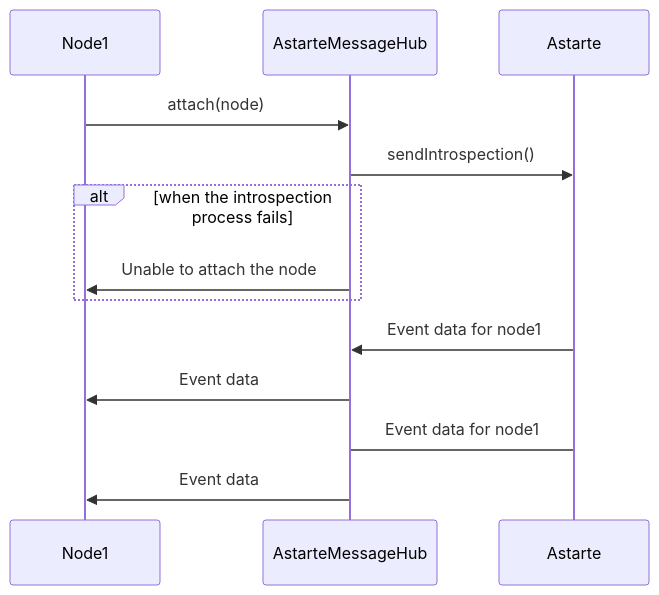
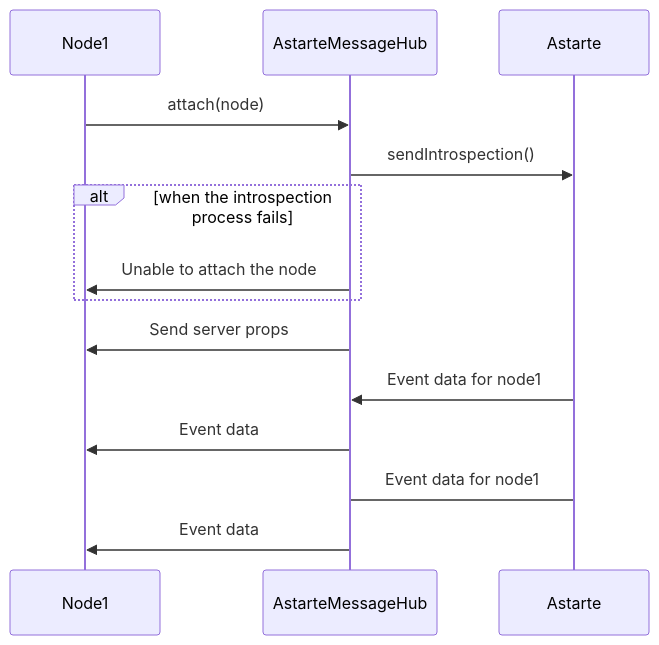
Before and after one commit to astarte-platform/astarte-message-hub: the second of 4 diagrams in docs/ARCHITECTURE.md, drawn with Mermaid. The commit also changed other lines of this file, not shown here.

First line of the commit message:
chore(doc): update ARCHITECTURE.md

````diff
--- a/docs/ARCHITECTURE.md
+++ b/docs/ARCHITECTURE.md
@@ -86,17 +86,19 @@
 ```mermaid
 sequenceDiagram
     participant Node1
     participant AstarteMessageHub
     participant Astarte
     Node1->>AstarteMessageHub: attach(node)
     AstarteMessageHub->>Astarte: sendIntrospection()
 
     alt when the introspection process fails
          AstarteMessageHub->>Node1: Unable to attach the node
     end
 
+    AstarteMessageHub->>Node1: Send server props
+
     Astarte->>AstarteMessageHub: Event data for node1
     AstarteMessageHub->>Node1: Event data
     Astarte->AstarteMessageHub: Event data for node1
     AstarteMessageHub->>Node1: Event data
 ```
````
